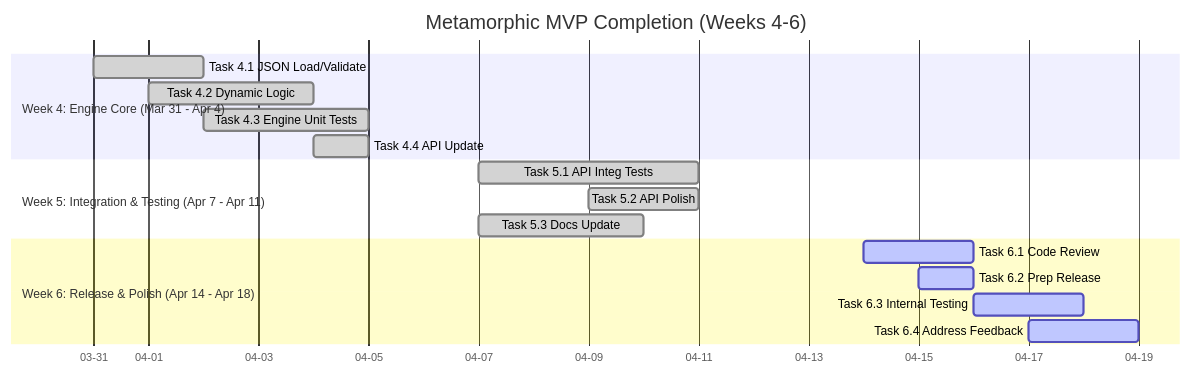
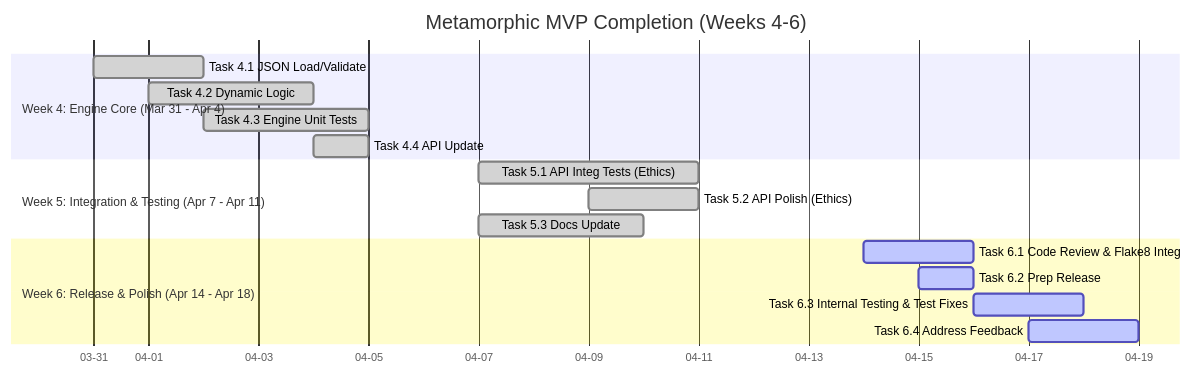
The diagram in ROADMAP.md (tomwolfe/metamorphic-core), drawn with Mermaid before and after one commit. The commit also changed other lines of this file, not shown here.

````diff
--- a/ROADMAP.md
+++ b/ROADMAP.md
@@ -57,24 +58,24 @@
 ```mermaid
 gantt
     title Metamorphic MVP Completion (Weeks 4-6)
     dateFormat  YYYY-MM-DD
     axisFormat %m-%d
     todayMarker stroke-width:3px,stroke:#FF0000
 
     section Week 4: Engine Core (Mar 31 - Apr 4)
     Task 4.1 JSON Load/Validate :done, 2025-03-31, 2d
     Task 4.2 Dynamic Logic      :done, 2025-04-01, 3d
     Task 4.3 Engine Unit Tests  :done, 2025-04-02, 3d
     Task 4.4 API Update         :done, 2025-04-04, 1d
 
     section Week 5: Integration & Testing (Apr 7 - Apr 11)
-    Task 5.1 API Integ Tests    :done, 2025-04-07, 4d
-    Task 5.2 API Polish         :done, 2025-04-09, 2d
-    Task 5.3 Docs Update        :done, 2025-04-07, 3d
+    Task 5.1 API Integ Tests (Ethics) :done, 2025-04-07, 4d
+    Task 5.2 API Polish (Ethics)      :done, 2025-04-09, 2d
+    Task 5.3 Docs Update              :done, 2025-04-07, 3d
 
     section Week 6: Release & Polish (Apr 14 - Apr 18)
-    Task 6.1 Code Review        :active, 2025-04-14, 2d
-    Task 6.2 Prep Release       :active, 2025-04-15, 1d
-    Task 6.3 Internal Testing   :active, 2025-04-16, 2d
-    Task 6.4 Address Feedback   :active, 2025-04-17, 2d
+    Task 6.1 Code Review & Flake8 Integ :active, 2025-04-14, 2d
+    Task 6.2 Prep Release               :active, 2025-04-15, 1d
+    Task 6.3 Internal Testing & Test Fixes:active, 2025-04-16, 2d
+    Task 6.4 Address Feedback           :active, 2025-04-17, 2d
 ```
````
